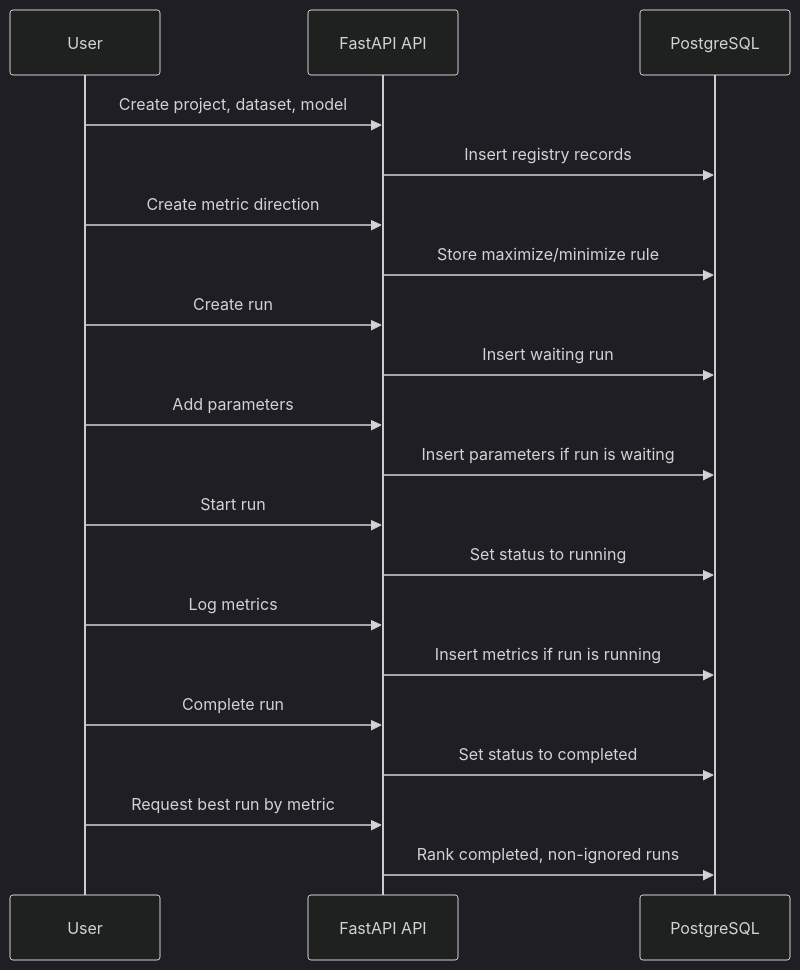
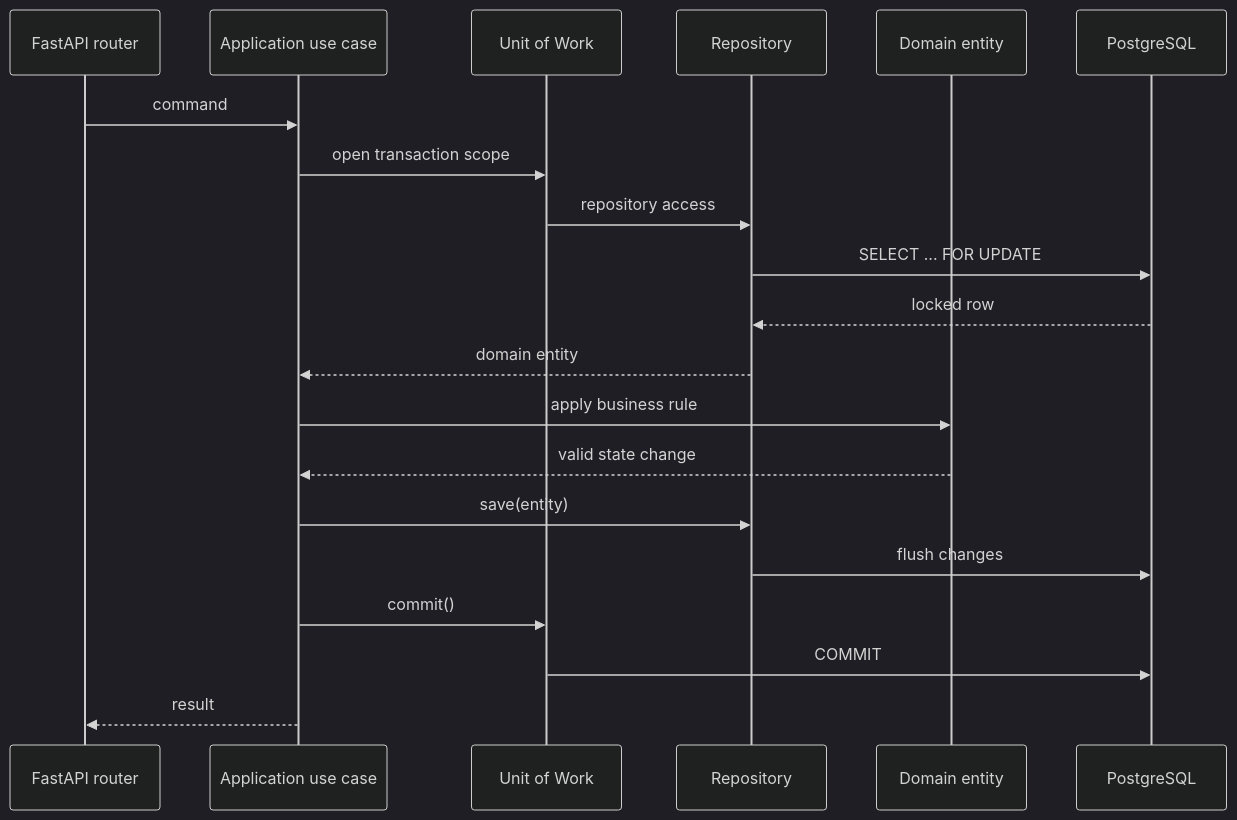
One commit to S0ME2/SentineML changed the seventh of 9 diagrams in README.md. Above: the diagram before and after it, drawn with Mermaid (dark theme). The commit also changed other lines of this file and 150 other files, not shown here.

Commit message:
feat(core): complete clean architecture migration and add Redis caching

````diff
--- a/README.md
+++ b/README.md
@@ -188,23 +734,23 @@
 ```mermaid
 sequenceDiagram
-    participant User
-    participant API as FastAPI API
+    participant API as FastAPI router
+    participant UC as Application use case
+    participant UOW as Unit of Work
+    participant Repo as Repository
+    participant Domain as Domain entity
     participant DB as PostgreSQL
 
-    User->>API: Create project, dataset, model
-    API->>DB: Insert registry records
-    User->>API: Create metric direction
-    API->>DB: Store maximize/minimize rule
-    User->>API: Create run
-    API->>DB: Insert waiting run
-    User->>API: Add parameters
-    API->>DB: Insert parameters if run is waiting
-    User->>API: Start run
-    API->>DB: Set status to running
-    User->>API: Log metrics
-    API->>DB: Insert metrics if run is running
-    User->>API: Complete run
-    API->>DB: Set status to completed
-    User->>API: Request best run by metric
-    API->>DB: Rank completed, non-ignored runs
+    API->>UC: command
+    UC->>UOW: open transaction scope
+    UOW->>Repo: repository access
+    Repo->>DB: SELECT ... FOR UPDATE
+    DB-->>Repo: locked row
+    Repo-->>UC: domain entity
+    UC->>Domain: apply business rule
+    Domain-->>UC: valid state change
+    UC->>Repo: save(entity)
+    Repo->>DB: flush changes
+    UC->>UOW: commit()
+    UOW->>DB: COMMIT
+    UC-->>API: result
 ```
````
